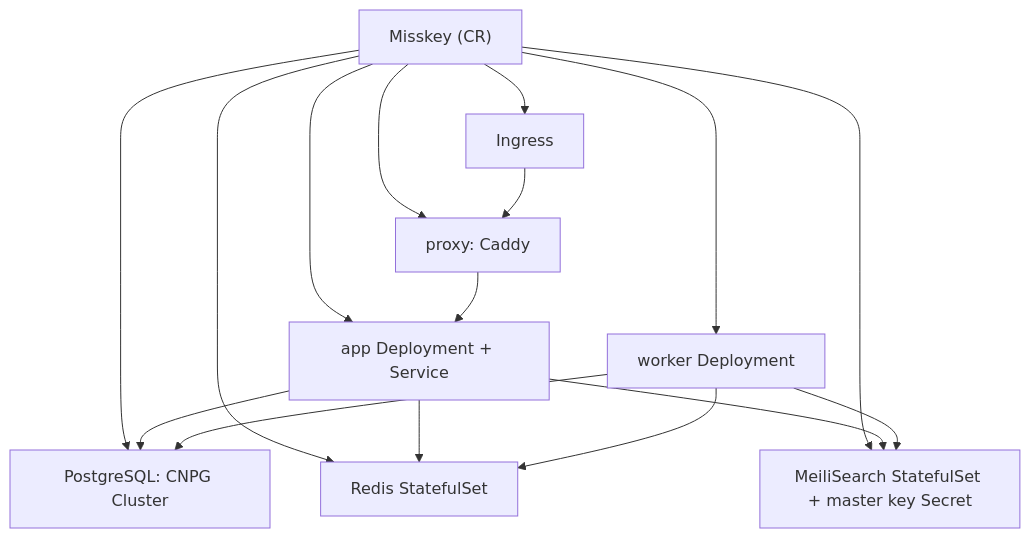
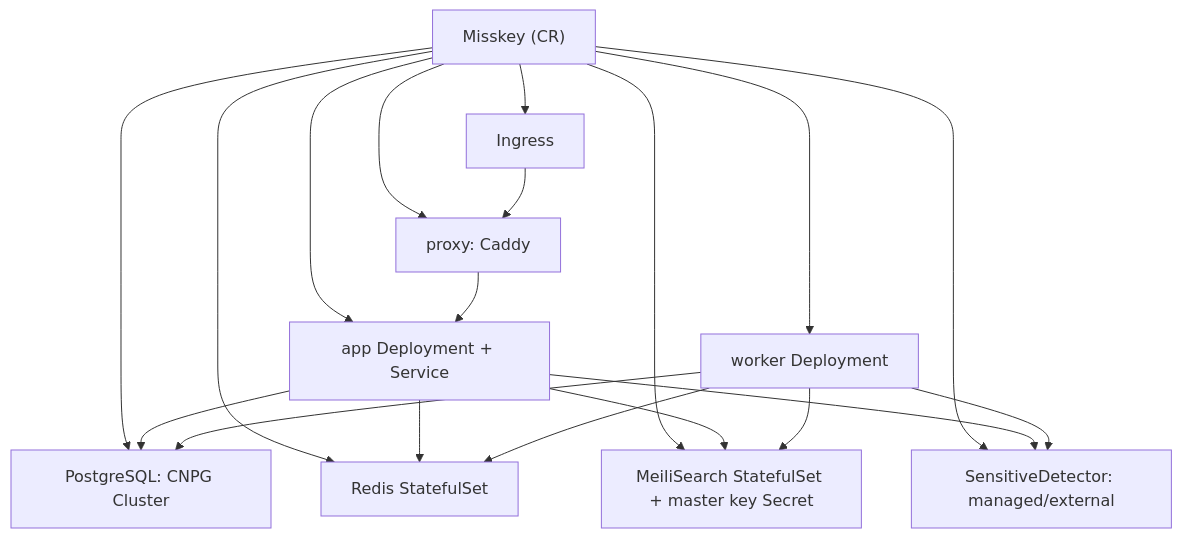
One commit to chan-mai/cloudnative-misskey changed the diagram in README.md. Above: the diagram before and after it, drawn with Mermaid. The commit also changed other lines of this file, not shown here.

Commit message:
docs: SensitiveDetector追加

````diff
--- a/README.md
+++ b/README.md
@@ -9,22 +9,25 @@
 ```mermaid
 flowchart TD
   CR["Misskey (CR)"]
 
   CR --> ing["Ingress"]
   CR --> proxy["proxy: Caddy"]
   CR --> app["app Deployment + Service"]
   CR --> worker["worker Deployment"]
   CR --> redis["Redis StatefulSet"]
   CR --> meili["MeiliSearch StatefulSet + master key Secret"]
   CR --> pg["PostgreSQL: CNPG Cluster"]
+  CR --> detector["SensitiveDetector: managed/external"]
 
   ing --> proxy
   proxy --> app
 
   app --> pg
   app --> redis
   app --> meili
+  app --> detector
   worker --> pg
   worker --> redis
   worker --> meili
+  worker --> detector
 ```
````
